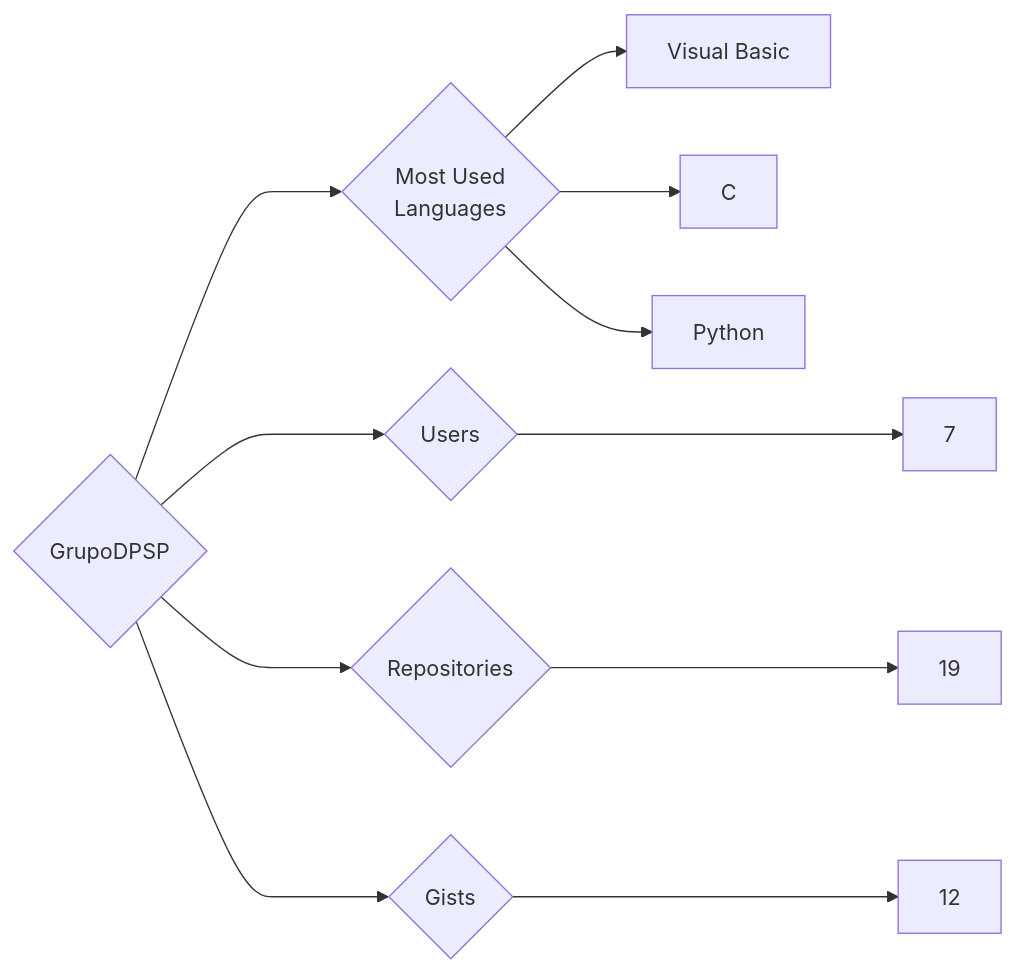
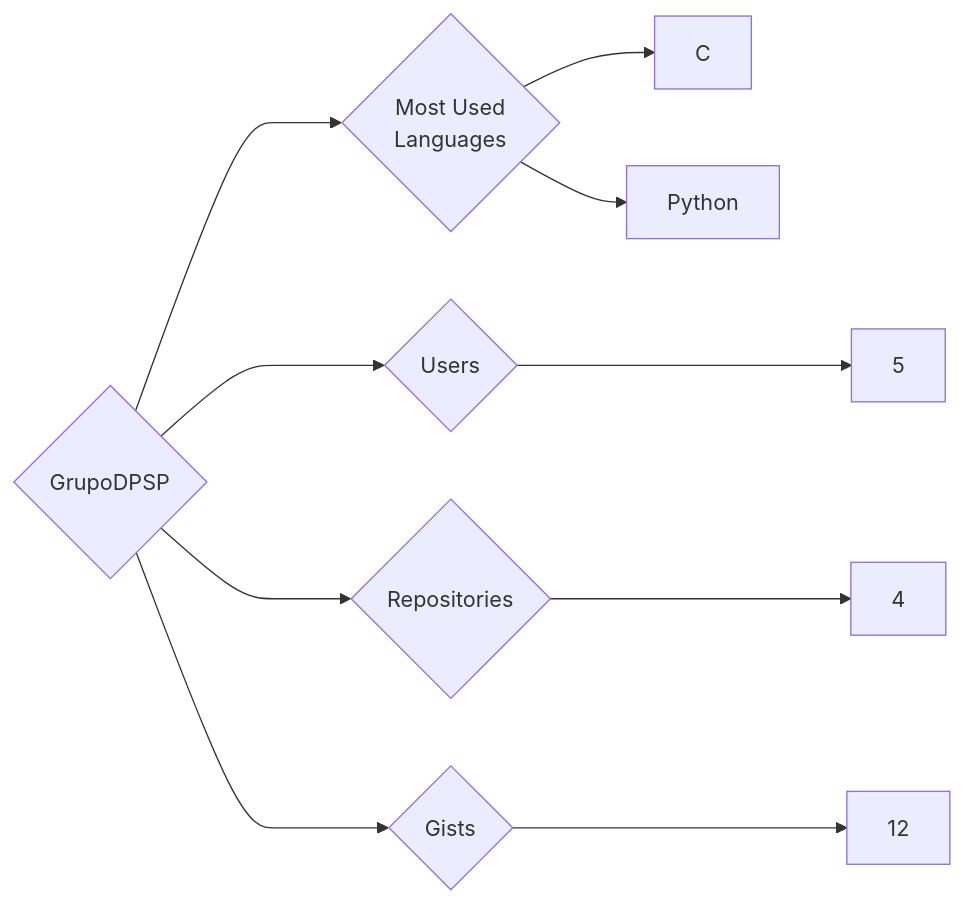
One commit to trickest/insiders changed the diagram in targets/GrupoDPSP/README.md. Above: the diagram before and after it, drawn with Mermaid. The commit also changed 1036 other files, not shown here.

````diff
--- a/targets/GrupoDPSP/README.md
+++ b/targets/GrupoDPSP/README.md
@@ -3,11 +3,10 @@
 ```mermaid
 graph LR
 COMPANY_NAME{GrupoDPSP}
-COMPANY_NAME ---> U{Users} ---> UN[7]
-COMPANY_NAME ---> R{Repositories} ---> RN[19]
+COMPANY_NAME ---> U{Users} ---> UN[5]
+COMPANY_NAME ---> R{Repositories} ---> RN[4]
 COMPANY_NAME ---> G{Gists} ---> GN[12]
 COMPANY_NAME ---> ML{Most Used<br>Languages}
-ML --> Visual_Basic[Visual Basic]
 ML --> C[C]
 ML --> Python[Python]
 ```
````
